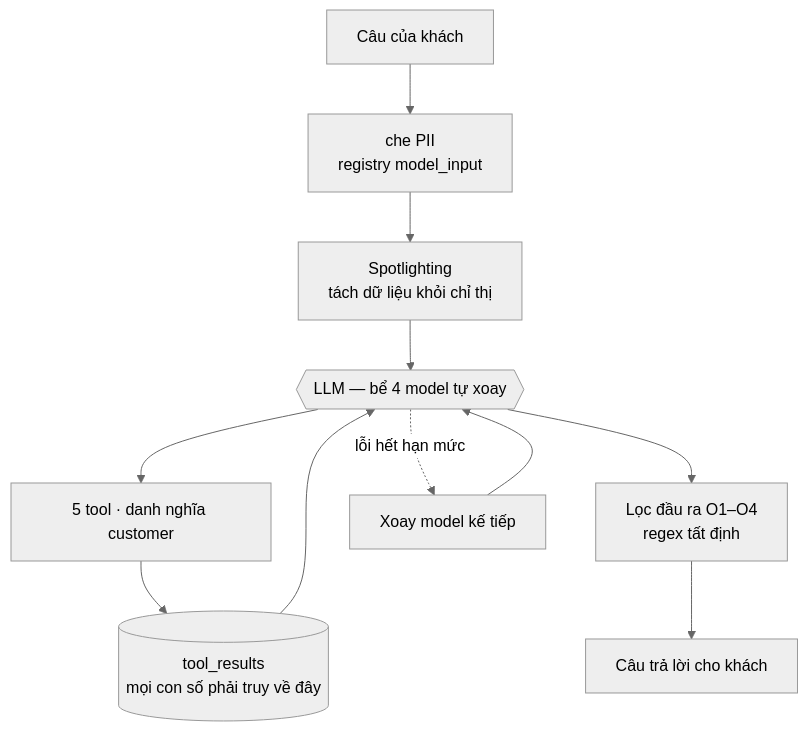
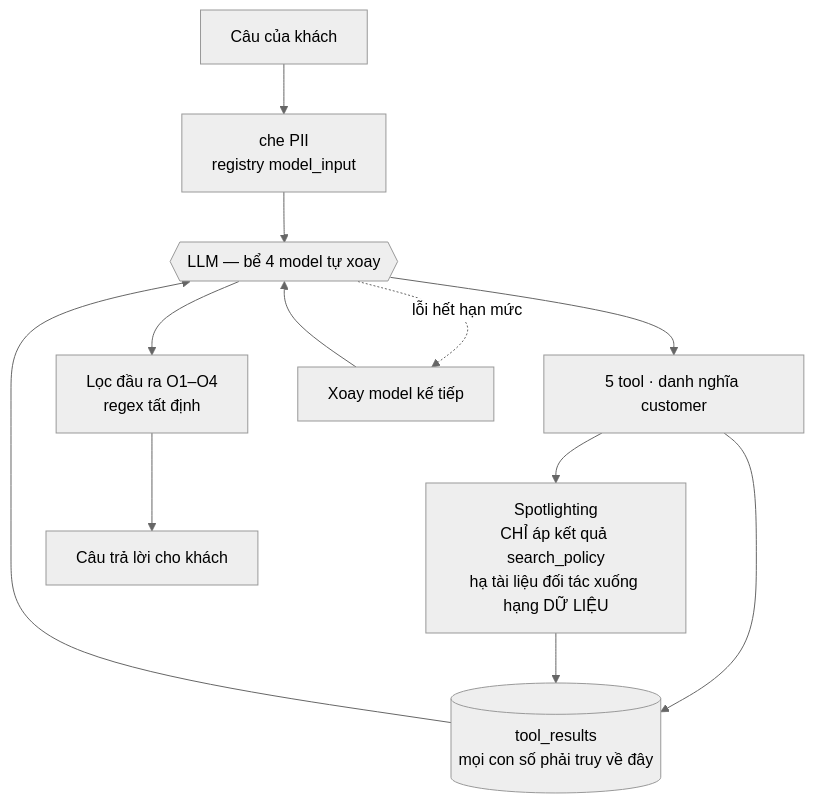
Before and after one commit to jinsimple/Sen-AI-customer-service-agent-for-e-wallets: the second of 3 diagrams in gate/07-project-knowledge.md, drawn with Mermaid (neutral theme). The commit also changed other lines of this file and 2 other files, not shown here.

Commit message:
⛔ docs: SỬA vị trí spotlighting — sai ở CẢ BA file, Lead bắt
Tôi vẽ mạch thẳng 'khách → scrub PII → spotlighting → LLM', ngụ ý spotlighting
áp lên tin nhắn khách trước lần gọi LLM đầu.

[ĐO] danh_dau_du_lieu() được gọi ĐÚNG MỘT CHỖ trong toàn src/ —
     customer_tools.py:409, trên kết quả search_policy. Nó chạy SAU khi LLM đã
     gọi tool, và việc của nó là hạ TÀI LIỆU ĐỐI TÁC xuống hạng DỮ LIỆU.
     Thứ bảo vệ câu của khách là scrub_pii (graph.py:901) — cơ chế khác.

Đúng bẫy tôi vừa dặn Lead tránh: ĐÚNG VỀ Ý (bảo vệ dữ liệu untrusted) nhưng
SAI VỀ VỊ TRÍ TRONG LUỒNG — vẽ theo trực giác kiến trúc 'chuẩn', không theo
code thật. Niêm ngay trong sơ đồ.

````diff
--- a/gate/07-project-knowledge.md
+++ b/gate/07-project-knowledge.md
@@ -104,13 +104,14 @@
 ```mermaid
 graph TD
     IN[Câu của khách] --> SC[che PII<br/>registry model_input]
-    SC --> SP[Spotlighting<br/>tách dữ liệu khỏi chỉ thị]
-    SP --> LLM{{"LLM — bể 4 model tự xoay"}}
+    SC --> LLM{{"LLM — bể 4 model tự xoay"}}
     LLM --> TOOL[5 tool · danh nghĩa customer]
+    TOOL --> SP[Spotlighting<br/>CHỈ áp kết quả search_policy<br/>hạ tài liệu đối tác xuống hạng DỮ LIỆU]
     TOOL --> TR[(tool_results<br/>mọi con số phải truy về đây)]
+    SP --> TR
     TR --> LLM
     LLM --> OUT[Lọc đầu ra O1–O4<br/>regex tất định]
     OUT --> ANS[Câu trả lời cho khách]
     LLM -.lỗi hết hạn mức.-> ROT[Xoay model kế tiếp]
     ROT --> LLM
 ```
````
